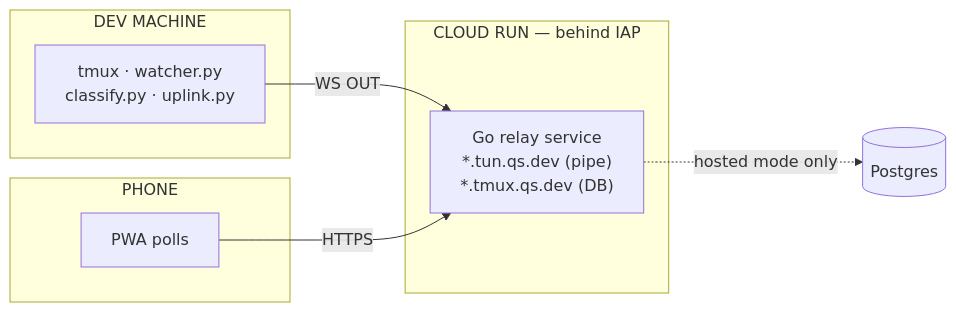
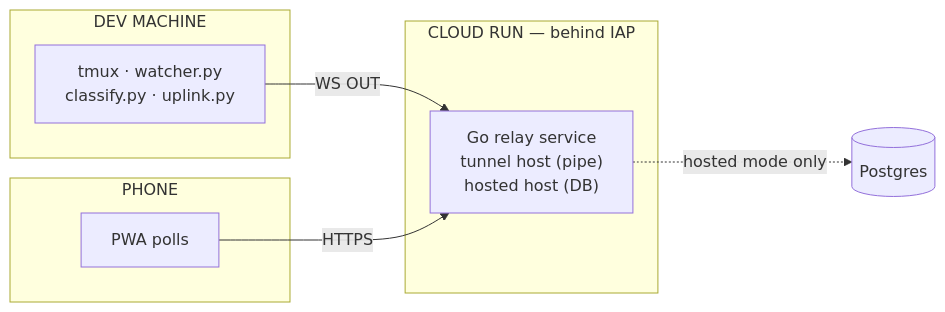
Before and after one commit to querystory/tmux-rc: the diagram in docs/design/cloud-architecture.md, drawn with Mermaid. The commit also changed other lines of this file and 27 other files, not shown here.

````diff
--- a/docs/design/cloud-architecture.md
+++ b/docs/design/cloud-architecture.md
@@ -33,15 +33,15 @@
 ```mermaid
 flowchart LR
   subgraph dev["DEV MACHINE"]
     D["tmux · watcher.py<br/>classify.py · uplink.py"]
   end
   subgraph cloud["CLOUD RUN — behind IAP"]
-    R["Go relay service<br/>*.tun.qs.dev (pipe)<br/>*.tmux.qs.dev (DB)"]
+    R["Go relay service<br/>tunnel host (pipe)<br/>hosted host (DB)"]
   end
   subgraph phone["PHONE"]
     P["PWA polls"]
   end
   D -- "WS OUT" --> R
   P -- "HTTPS" --> R
   R -. "hosted mode only" .-> PG[("Postgres")]
 ```
````
